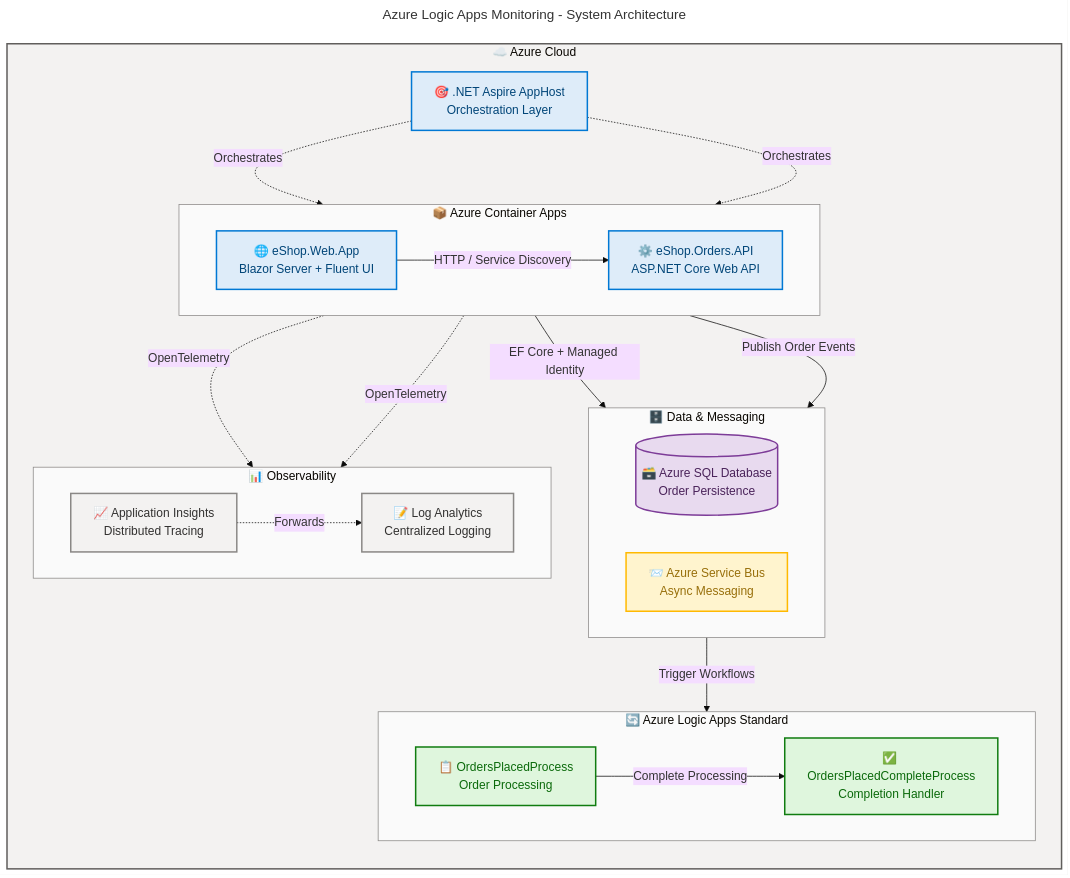
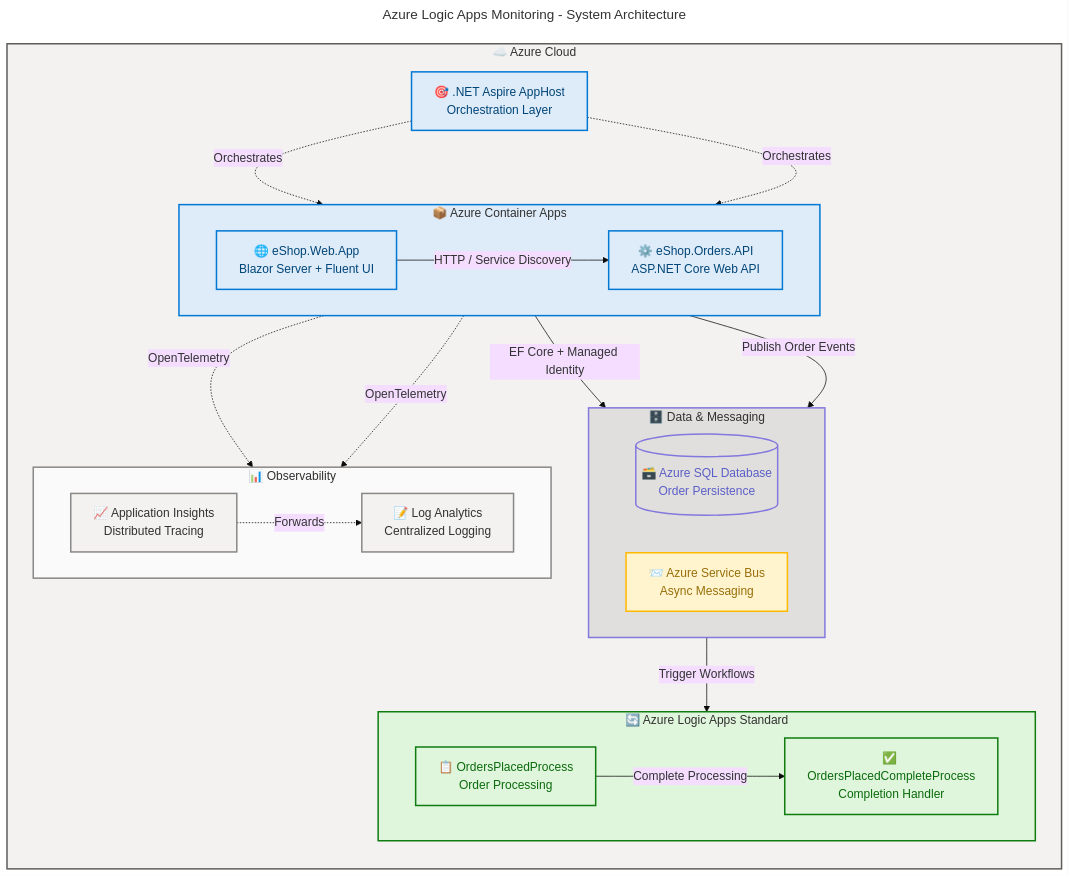
One commit to Evilazaro/Azure-LogicApps-Monitoring changed the diagram in README.md. Above: the diagram before and after it, drawn with Mermaid. The commit also changed other lines of this file, not shown here.

Commit message:
Enhance flowchart in README.md with detailed architecture descriptions and improved styling for better clarity and accessibility

````diff
--- a/README.md
+++ b/README.md
@@ -42,67 +42,78 @@
 ```mermaid
 ---
 title: "Azure Logic Apps Monitoring - System Architecture"
 config:
   theme: base
   look: classic
   layout: dagre
+  themeVariables:
+    fontSize: '16px'
   flowchart:
     htmlLabels: true
 ---
 flowchart TB
     accTitle: Azure Logic Apps Monitoring System Architecture
-    accDescr: Shows the distributed architecture with Blazor frontend, REST API, Azure services, and Logic Apps workflow engine
+    accDescr: Shows the distributed architecture with Blazor frontend, REST API, Azure services including Container Apps, SQL Database, Service Bus, Logic Apps workflows, and observability through Application Insights and Log Analytics
+
+    %% ═══════════════════════════════════════════════════════════════════════════
+    %% AZURE / FLUENT ARCHITECTURE PATTERN v1.1
+    %% (Semantic + Structural + Font + Accessibility Governance)
+    %% ═══════════════════════════════════════════════════════════════════════════
 
     subgraph azure["☁️ Azure Cloud"]
         direction TB
 
         subgraph containerApps["📦 Azure Container Apps"]
             direction LR
-            webApp["🌐 eShop.Web.App\nBlazor Server + Fluent UI"]:::core
-            ordersApi["⚙️ eShop.Orders.API\nASP.NET Core Web API"]:::core
+            webApp["🌐 eShop.Web.App<br/>Blazor Server + Fluent UI"]:::core
+            ordersApi["⚙️ eShop.Orders.API<br/>ASP.NET Core Web API"]:::core
         end
 
         subgraph data["🗄️ Data & Messaging"]
             direction LR
-            sqlDb[("🗃️ Azure SQL Database\nOrder Persistence")]:::data
-            serviceBus["📨 Azure Service Bus\nAsync Messaging"]:::warning
+            sqlDb[("🗃️ Azure SQL Database<br/>Order Persistence")]:::data
+            serviceBus["📨 Azure Service Bus<br/>Async Messaging"]:::warning
         end
 
         subgraph workflows["🔄 Azure Logic Apps Standard"]
             direction LR
-            ordersPlaced["📋 OrdersPlacedProcess\nOrder Processing"]:::success
-            ordersComplete["✅ OrdersPlacedCompleteProcess\nCompletion Handler"]:::success
+            ordersPlaced["📋 OrdersPlacedProcess<br/>Order Processing"]:::success
+            ordersComplete["✅ OrdersPlacedCompleteProcess<br/>Completion Handler"]:::success
         end
 
         subgraph observability["📊 Observability"]
             direction LR
-            appInsights["📈 Application Insights\nDistributed Tracing"]:::neutral
-            logAnalytics["📝 Log Analytics\nCentralized Logging"]:::neutral
+            appInsights["📈 Application Insights<br/>Distributed Tracing"]:::neutral
+            logAnalytics["📝 Log Analytics<br/>Centralized Logging"]:::neutral
         end
 
-        aspire["🎯 .NET Aspire AppHost\nOrchestration Layer"]:::core
+        aspire["🎯 .NET Aspire AppHost<br/>Orchestration Layer"]:::core
     end
 
     webApp -->|"HTTP / Service Discovery"| ordersApi
     ordersApi -->|"EF Core + Managed Identity"| sqlDb
     ordersApi -->|"Publish Order Events"| serviceBus
     serviceBus -->|"Trigger Workflows"| ordersPlaced
     ordersPlaced -->|"Complete Processing"| ordersComplete
     aspire -.->|"Orchestrates"| webApp
     aspire -.->|"Orchestrates"| ordersApi
     ordersApi -.->|"OpenTelemetry"| appInsights
     webApp -.->|"OpenTelemetry"| appInsights
     appInsights -.->|"Forwards"| logAnalytics
 
-    style azure fill:#F3F2F1,stroke:#605E5C,stroke-width:2px
-    style containerApps fill:#FAFAFA,stroke:#8A8886,stroke-width:1px
-    style data fill:#FAFAFA,stroke:#8A8886,stroke-width:1px
-    style workflows fill:#FAFAFA,stroke:#8A8886,stroke-width:1px
-    style observability fill:#FAFAFA,stroke:#8A8886,stroke-width:1px
+    %% ============================================
+    %% SUBGRAPH STYLING (5 subgraphs = 5 directives)
+    %% ============================================
+    style azure fill:#F3F2F1,stroke:#605E5C,stroke-width:2px,color:#323130
+    style containerApps fill:#DEECF9,stroke:#0078D4,stroke-width:2px,color:#323130
+    style data fill:#E1DFDD,stroke:#8378DE,stroke-width:2px,color:#323130
+    style workflows fill:#DFF6DD,stroke:#107C10,stroke-width:2px,color:#323130
+    style observability fill:#FAFAFA,stroke:#8A8886,stroke-width:2px,color:#323130
 
+    %% Centralized classDef declarations (5 semantic classes)
     classDef core fill:#DEECF9,stroke:#0078D4,stroke-width:2px,color:#004578
-    classDef data fill:#E8DAEF,stroke:#7D3C98,stroke-width:2px,color:#4A235A
+    classDef data fill:#E1DFDD,stroke:#8378DE,stroke-width:2px,color:#5B5FC7
     classDef success fill:#DFF6DD,stroke:#107C10,stroke-width:2px,color:#0B6A0B
     classDef warning fill:#FFF4CE,stroke:#FFB900,stroke-width:2px,color:#986F0B
     classDef neutral fill:#F3F2F1,stroke:#8A8886,stroke-width:2px,color:#323130
 ```
````
